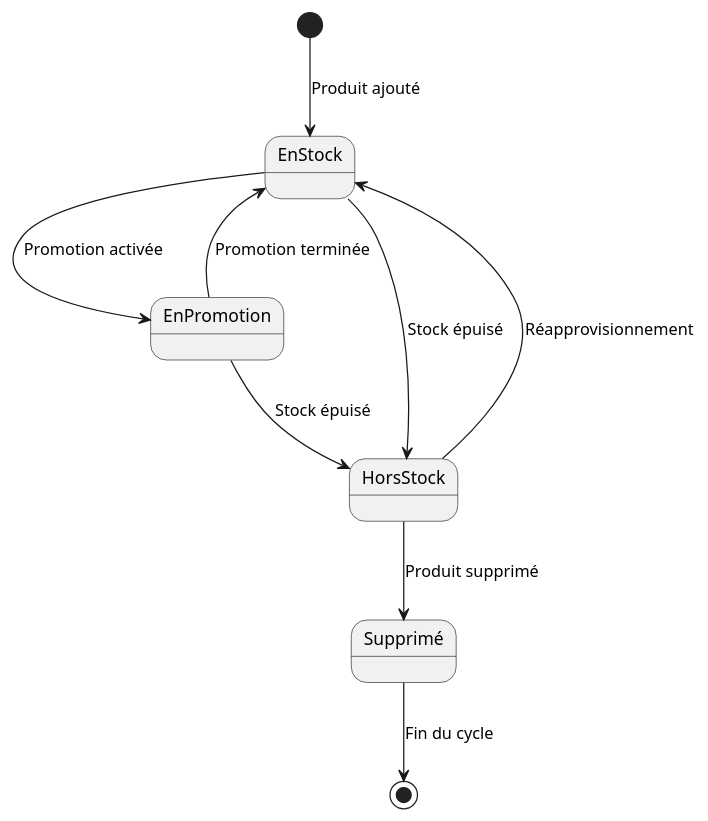
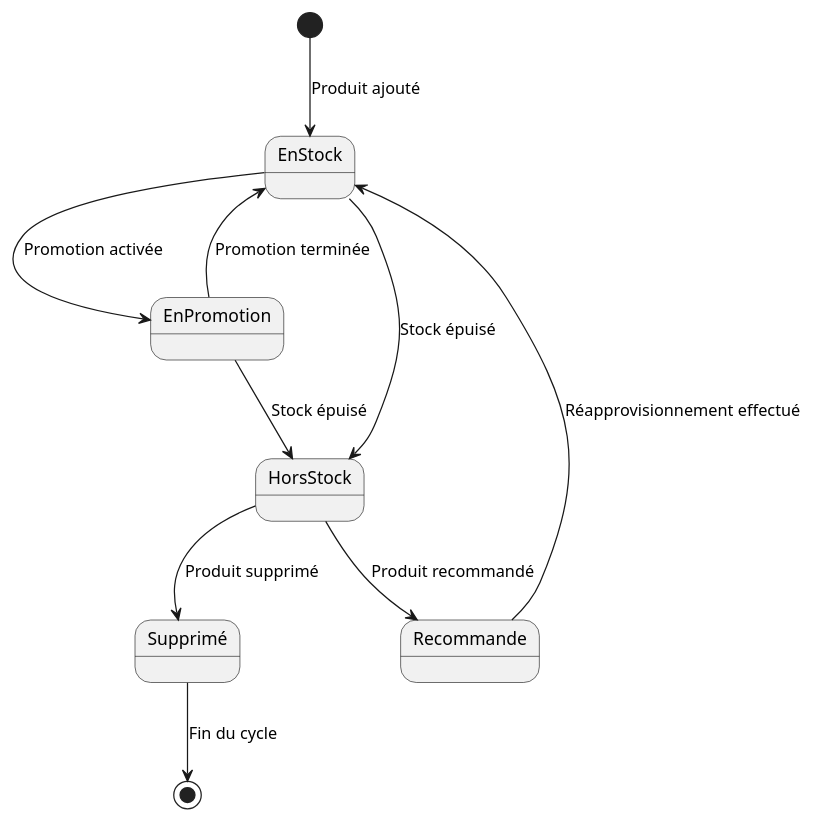
Before and after one commit to MehediT/BoutiqueLigneAudiovisuels: the diagram in Etat/Etat.puml, drawn with PlantUML. The commit also changed other lines of this file, not shown here.

Commit message:
Diagramme d'état update

```diff
--- a/Etat/Etat.puml
+++ b/Etat/Etat.puml
@@ -1,14 +1,17 @@
 @startuml
+top to bottom direction
 [*] --> EnStock : Produit ajouté
 
 EnStock --> EnPromotion : Promotion activée
 EnStock --> HorsStock : Stock épuisé
 
 EnPromotion --> EnStock : Promotion terminée
 EnPromotion --> HorsStock : Stock épuisé
 
 HorsStock --> Supprimé : Produit supprimé
+HorsStock --> Recommande : Produit recommandé
 
-HorsStock --> EnStock : Réapprovisionnement
+Recommande --> EnStock : Réapprovisionnement effectué
+
 Supprimé --> [*] : Fin du cycle
 @enduml
```
